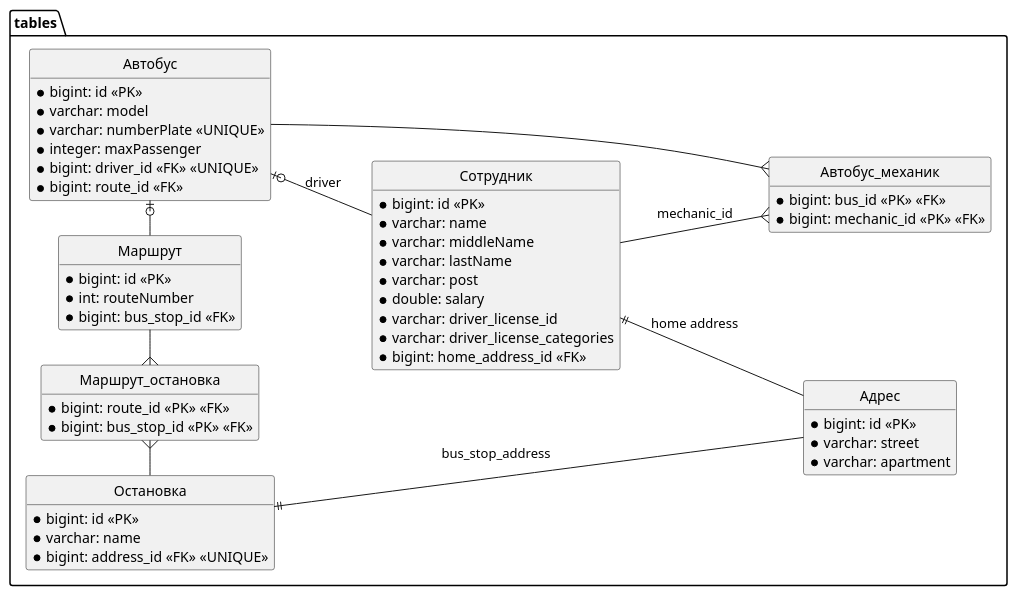
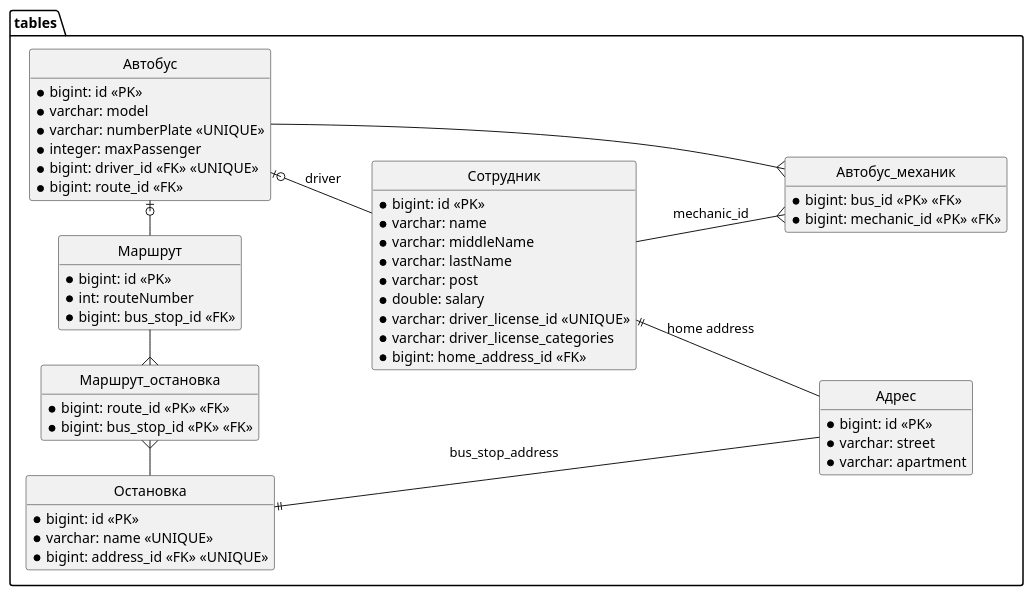
One commit to itolstov09/bus-park changed the diagram in docs/TableDiagram.puml. Above: the diagram before and after it, drawn with PlantUML.

Commit message:
docs: update table diagram

```diff
--- a/docs/TableDiagram.puml
+++ b/docs/TableDiagram.puml
@@ -1,81 +1,81 @@
 @startuml
 'https://plantuml.com/class-diagram
 
 'top to bottom direction
 left to right direction
 
 
 package tables {
 
     hide empty member
     hide circle
 
 
 
     entity "Адрес" as address {
         * bigint: id <<PK>>
         * varchar: street
         * varchar: apartment
     }
 
     entity "Автобус" as bus {
         * bigint: id <<PK>>
         * varchar: model
         * varchar: numberPlate <<UNIQUE>>
         * integer: maxPassenger
         * bigint: driver_id <<FK>> <<UNIQUE>>
         * bigint: route_id <<FK>>
     }
 
     entity "Сотрудник" as employee {
         * bigint: id <<PK>>
         * varchar: name
         * varchar: middleName
         * varchar: lastName
         * varchar: post
         * double: salary
-        * varchar: driver_license_id
+        * varchar: driver_license_id <<UNIQUE>>
         * varchar: driver_license_categories
         * bigint: home_address_id <<FK>>
     }
 
     employee ||-- address: "home address"
 
 
     bus  |o-- employee: driver
 
     entity "Автобус_механик" as bus_mechanic {
         * bigint: bus_id <<PK>> <<FK>>
         * bigint: mechanic_id <<PK>> <<FK>>
     }
 
     bus_mechanic }-- bus
     employee --{ bus_mechanic: mechanic_id
 
 
 
     entity "Остановка" as busstop {
         * bigint: id <<PK>>
-        * varchar: name
+        * varchar: name <<UNIQUE>>
         * bigint: address_id <<FK>> <<UNIQUE>>
     }
 
     busstop ||- address: bus_stop_address
 
     entity "Маршрут" as route {
         * bigint: id <<PK>>
         * int: routeNumber
         * bigint: bus_stop_id <<FK>>
     }
     route  -o|  bus
 
     entity "Маршрут_остановка" as route_busstop {
         * bigint: route_id <<PK>> <<FK>>
         * bigint: bus_stop_id <<PK>> <<FK>>
 
     }
     route_busstop }- route
     busstop -{ route_busstop
 
 }
 @enduml
```
